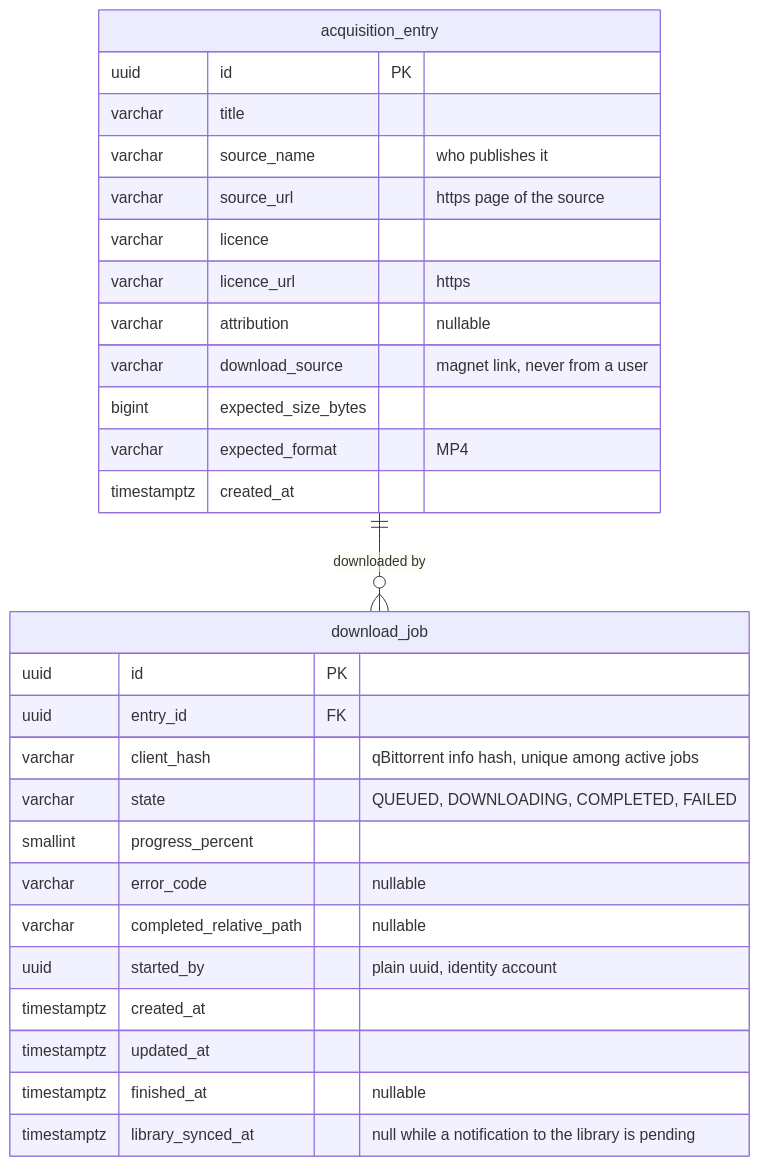
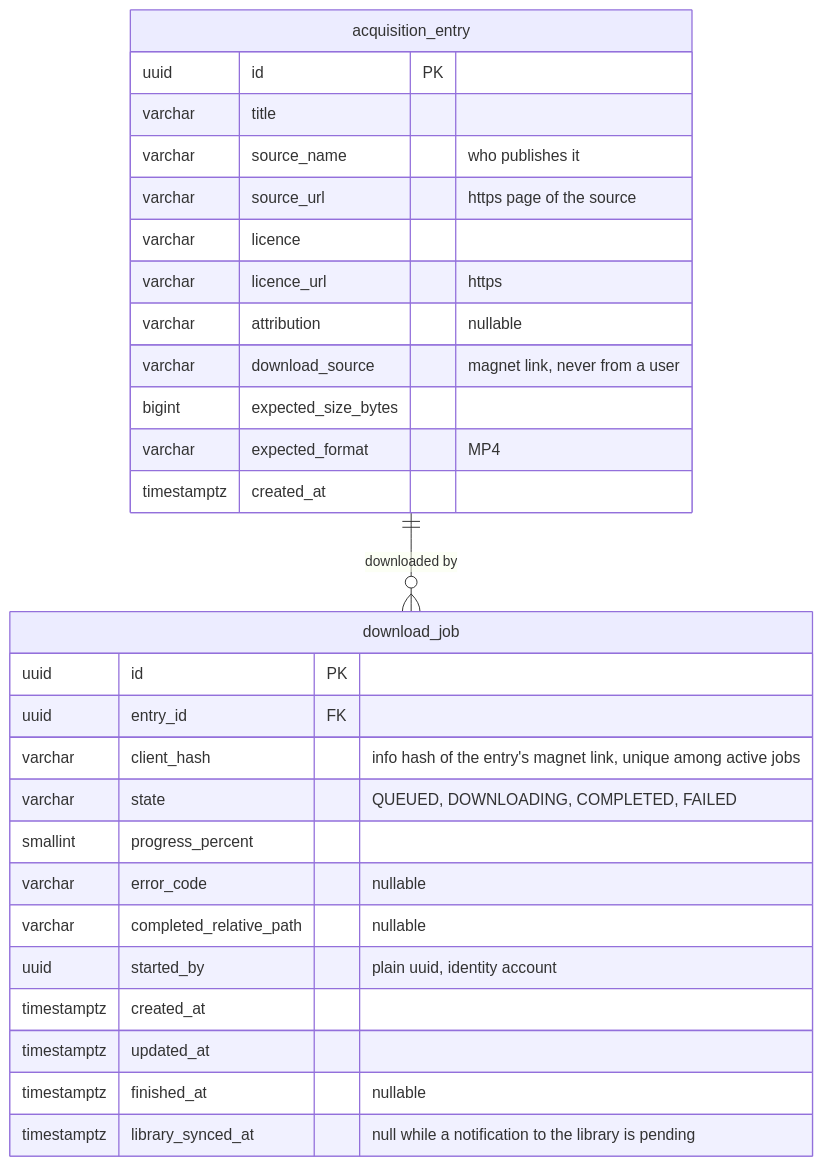
One commit to ClaymeCall/holbertonschool-homeflix-project changed the third of 3 diagrams in docs/architecture/data-model.md. Above: the diagram before and after it, drawn with Mermaid. The commit also changed other lines of this file and 13 other files, not shown here.

````diff
--- a/docs/architecture/data-model.md
+++ b/docs/architecture/data-model.md
@@ -155,32 +155,32 @@
 ```mermaid
 erDiagram
     acquisition_entry ||--o{ download_job : "downloaded by"
 
     acquisition_entry {
         uuid id PK
         varchar title
         varchar source_name "who publishes it"
         varchar source_url "https page of the source"
         varchar licence
         varchar licence_url "https"
         varchar attribution "nullable"
         varchar download_source "magnet link, never from a user"
         bigint expected_size_bytes
         varchar expected_format "MP4"
         timestamptz created_at
     }
     download_job {
         uuid id PK
         uuid entry_id FK
-        varchar client_hash "qBittorrent info hash, unique among active jobs"
+        varchar client_hash "info hash of the entry's magnet link, unique among active jobs"
         varchar state "QUEUED, DOWNLOADING, COMPLETED, FAILED"
         smallint progress_percent
         varchar error_code "nullable"
         varchar completed_relative_path "nullable"
         uuid started_by "plain uuid, identity account"
         timestamptz created_at
         timestamptz updated_at
         timestamptz finished_at "nullable"
         timestamptz library_synced_at "null while a notification to the library is pending"
     }
 ```
````
